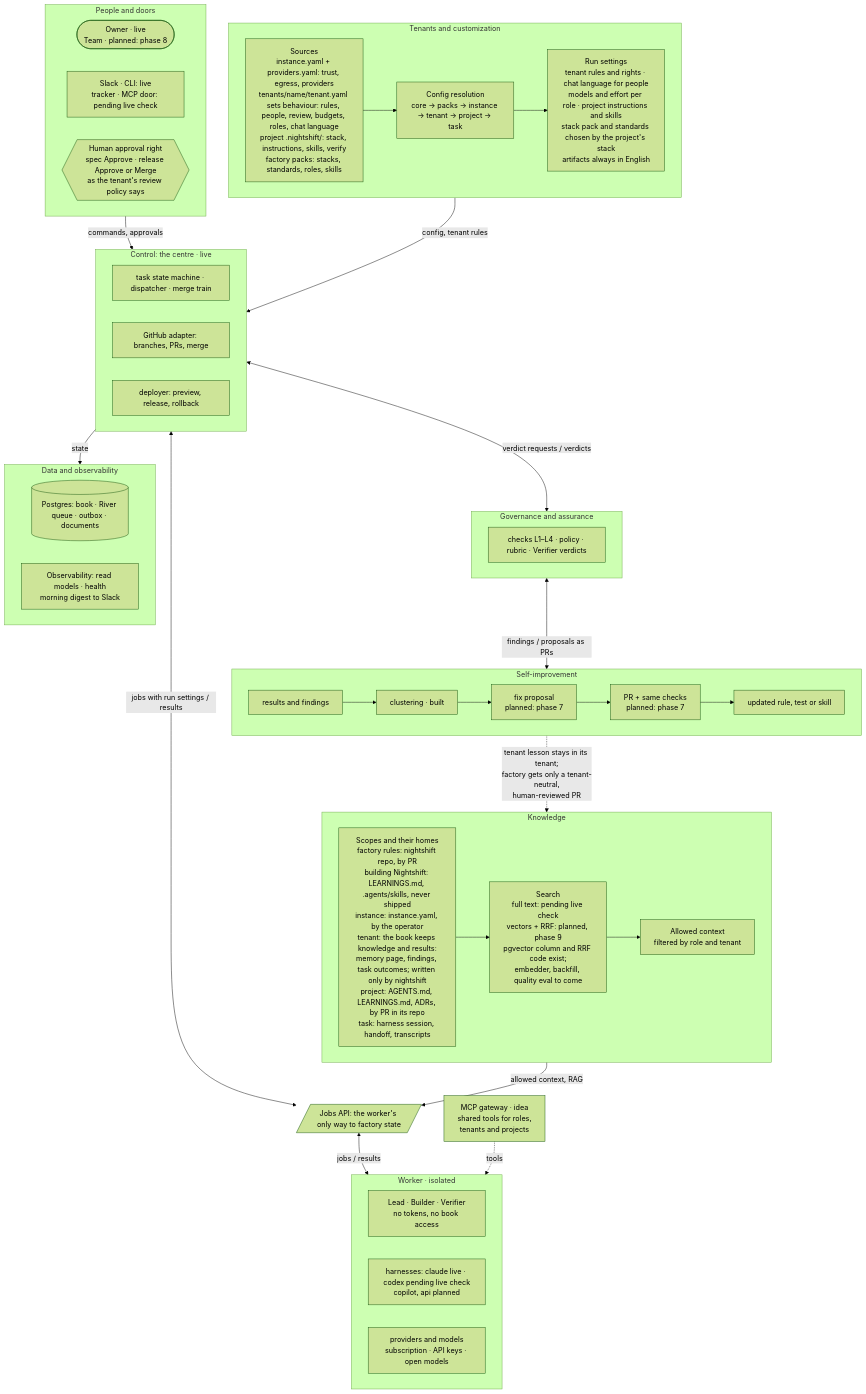
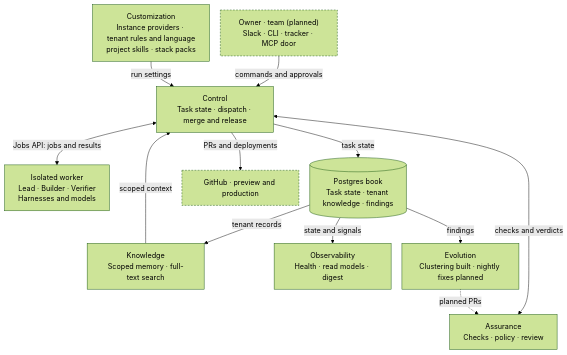
The diagram in README.md (IlyaChakun/nightshift), drawn with Mermaid (forest theme) before and after one commit. The commit also changed other lines of this file, not shown here.

Commit message:
docs: simplify the README architecture map (#489)

````diff
--- a/README.md
+++ b/README.md
@@ -14,67 +12,35 @@
 ```mermaid
+---
+config:
+  flowchart:
+  wrappingWidth: 210
+  rankSpacing: 32
+  nodeSpacing: 24
+---
 flowchart TB
-  subgraph P["People and doors"]
-    direction LR
-    who(["Owner · live<br/>Team · planned: phase 8"])
-    doors["Slack · CLI: live<br/>tracker · MCP door: pending live check"]
-    appr{{"Human approval right<br/>spec Approve · release Approve or Merge<br/>as the tenant's review policy says"}}
-  end
+  People["Owner · team (planned)<br/>Slack · CLI · tracker · MCP door"]:::external
 
-  subgraph C["Tenants and customization"]
-    direction LR
-    src["Sources<br/>instance.yaml + providers.yaml: trust, egress, providers<br/>tenants/name/tenant.yaml sets behaviour: rules, people, review, budgets, roles, chat language<br/>project .nightshift/: stack, instructions, skills, verify<br/>factory packs: stacks, standards, roles, skills"]
-    res["Config resolution<br/>core → packs → instance → tenant → project → task"]
-    out["Run settings<br/>tenant rules and rights · chat language for people<br/>models and effort per role · project instructions and skills<br/>stack pack and standards chosen by the project's stack<br/>artifacts always in English"]
-    src --> res --> out
-  end
+  Config["Customization<br/>Instance providers · tenant rules and language<br/>project skills · stack packs"]
+  Control["Control<br/>Task state · dispatch · merge and release"]
+  Assurance["Assurance<br/>Checks · policy · review"]
+  Worker["Isolated worker<br/>Lead · Builder · Verifier<br/>Harnesses and models"]
+  Knowledge["Knowledge<br/>Scoped memory · full-text search"]
+  Book[("Postgres book<br/>Task state · tenant knowledge · findings")]
+  Observe["Observability<br/>Health · read models · digest"]
+  Learn["Evolution<br/>Clustering built · nightly fixes planned"]
 
-  subgraph K["Control: the centre · live"]
-    direction LR
-    ctl["task state machine · dispatcher · merge train"]
-    gh["GitHub adapter: branches, PRs, merge"]
-    dep["deployer: preview, release, rollback"]
-  end
+  Delivery["GitHub · preview and production"]:::external
 
-  jobs[/"Jobs API: the worker's only way to factory state"/]
-
-  subgraph W["Worker · isolated"]
-    direction LR
-    roles["Lead · Builder · Verifier<br/>no tokens, no book access"]
-    hz["harnesses: claude live · codex pending live check<br/>copilot, api planned"]
-    prov["providers and models<br/>subscription · API keys · open models"]
-  end
-
-  subgraph G["Governance and assurance"]
-    asr["checks L1–L4 · policy · rubric · Verifier verdicts"]
-  end
-
-  subgraph M["Knowledge"]
-    direction LR
-    scopes["Scopes and their homes<br/>factory rules: nightshift repo, by PR<br/>building Nightshift: LEARNINGS.md, .agents/skills, never shipped<br/>instance: instance.yaml, by the operator<br/>tenant: the book keeps knowledge and results:<br/>memory page, findings, task outcomes; written only by nightshift<br/>project: AGENTS.md, LEARNINGS.md, ADRs, by PR in its repo<br/>task: harness session, handoff, transcripts"]
-    search["Search<br/>full text: pending live check<br/>vectors + RRF: planned, phase 9<br/>pgvector column and RRF code exist;<br/>embedder, backfill, quality eval to come"]
-    sel["Allowed context<br/>filtered by role and tenant"]
-    scopes --> search --> sel
-  end
-
-  subgraph D["Data and observability"]
-    direction LR
-    book[("Postgres: book · River queue · outbox · documents")]
-    obs["Observability: read models · health<br/>morning digest to Slack"]
-  end
-
-  subgraph L["Self-improvement"]
-    direction LR
-    l1["results and findings"] --> l2["clustering · built"] --> l3["fix proposal<br/>planned: phase 7"] --> l4["PR + same checks<br/>planned: phase 7"] --> l5["updated rule, test or skill"]
-  end
-
-  P -- commands, approvals --> K
-  C -- config, tenant rules --> K
-  K <-- jobs with run settings / results --> jobs
-  jobs <-- jobs / results --> W
-  M -- allowed context, RAG --> jobs
-  K <-- verdict requests / verdicts --> G
-  K -- state --> D
-  gw["MCP gateway · idea<br/>shared tools for roles,<br/>tenants and projects"] -. tools .-> W
-  G <-- findings / proposals as PRs --> L
-  L -. tenant lesson stays in its tenant;<br/>factory gets only a tenant-neutral,<br/>human-reviewed PR .-> M
+  People -->|commands and approvals| Control
+  Config -->|run settings| Control
+  Control <-->|Jobs API: jobs and results| Worker
+  Control <-->|checks and verdicts| Assurance
+  Control -->|PRs and deployments| Delivery
+  Control -->|task state| Book
+  Knowledge -->|scoped context| Control
+  Book -->|tenant records| Knowledge
+  Book -->|state and signals| Observe
+  Book -->|findings| Learn
+  Learn -.->|planned PRs| Assurance
+  classDef external stroke-dasharray: 4 3
 ```
````
